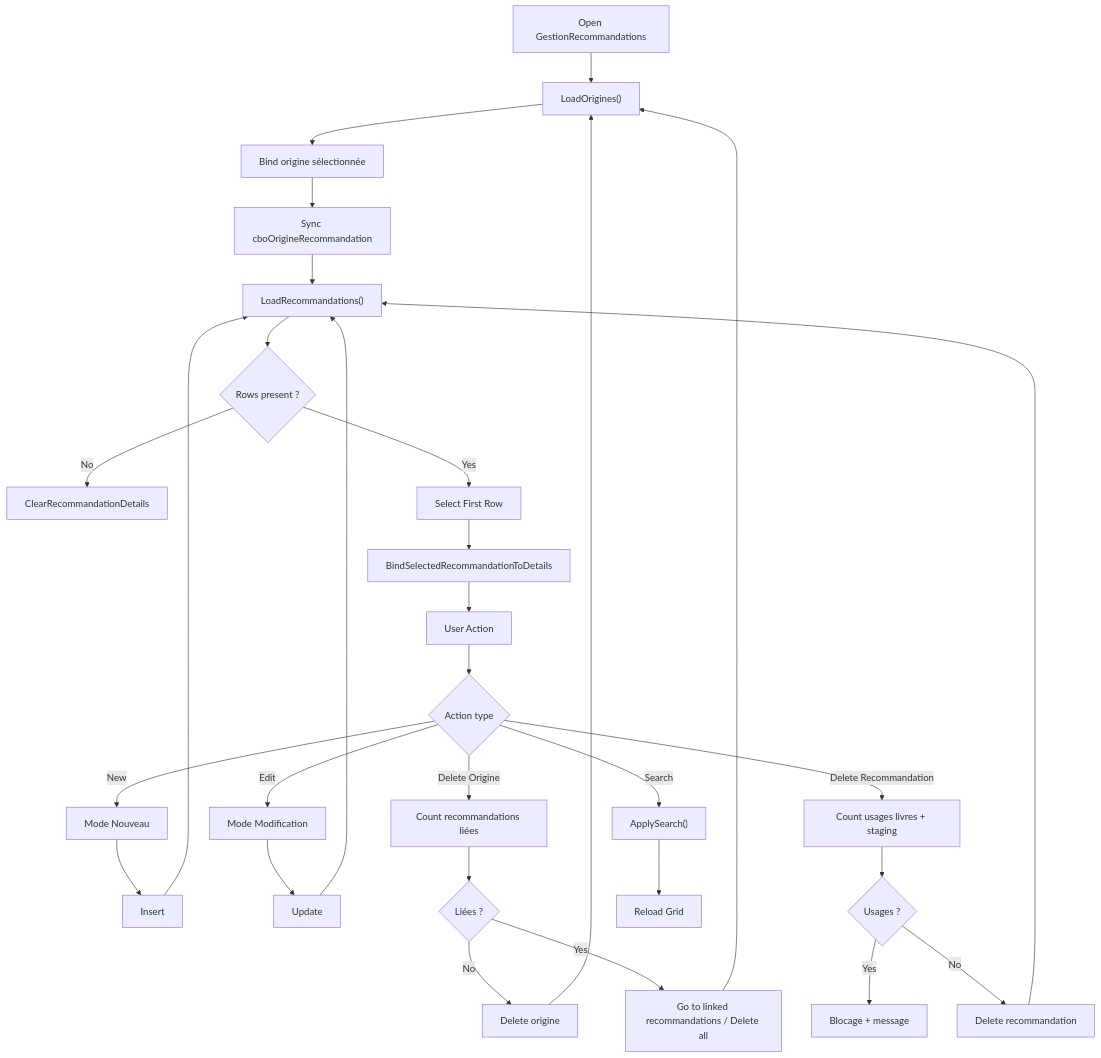
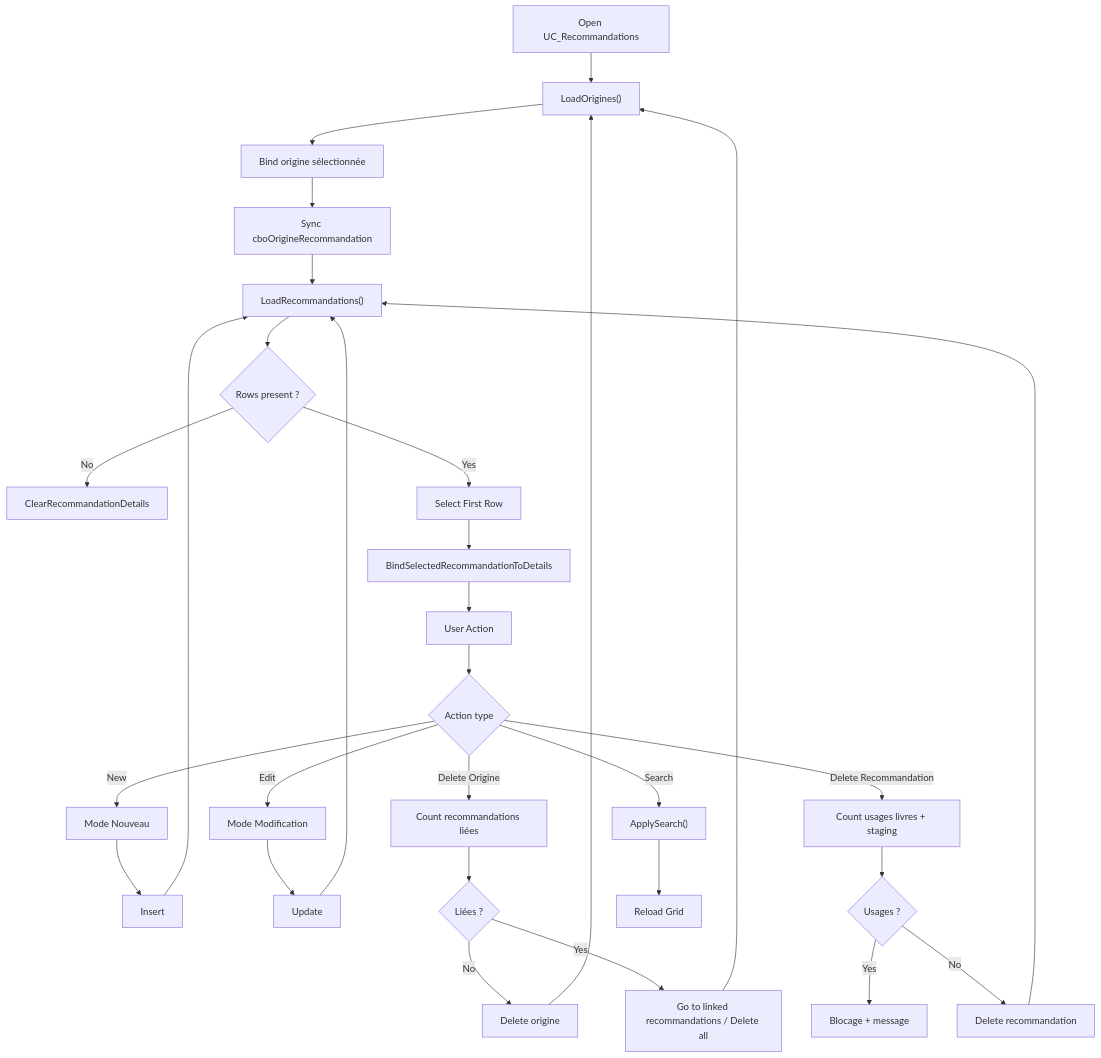
Before and after one commit to Les-Artefacts-de-Manou/Artefact: the fourth of 5 diagrams in Docs/Process_Artefact.md, drawn with Mermaid. The commit also changed other lines of this file and 81 other files, not shown here.

````diff
--- a/Docs/Process_Artefact.md
+++ b/Docs/Process_Artefact.md
@@ -727,39 +727,39 @@
 ```mermaid
 flowchart TD
-A["Open GestionRecommandations"] --> B["LoadOrigines()"]
+A["Open UC_Recommandations"] --> B["LoadOrigines()"]
 B --> C["Bind origine sélectionnée"]
 C --> D["Sync cboOrigineRecommandation"]
 D --> E["LoadRecommandations()"]
 
 E --> F{"Rows present ?"}
 F -- No --> G["ClearRecommandationDetails"]
 F -- Yes --> H["Select First Row"]
 H --> I["BindSelectedRecommandationToDetails"]
 
 I --> J["User Action"]
 J --> K{"Action type"}
 
 K -- New --> L["Mode Nouveau"]
 L --> M["Insert"]
 M --> E
 
 K -- Edit --> N["Mode Modification"]
 N --> O["Update"]
 O --> E
 
 K -- Delete Origine --> P["Count recommandations liées"]
 P --> Q{"Liées ?"}
 Q -- No --> R["Delete origine"]
 Q -- Yes --> S["Go to linked recommandations / Delete all"]
 R --> B
 S --> B
 
 K -- Delete Recommandation --> T["Count usages livres + staging"]
 T --> U{"Usages ?"}
 U -- Yes --> V["Blocage + message"]
 U -- No --> W["Delete recommandation"]
 W --> E
 
 K -- Search --> X["ApplySearch()"]
 X --> Y["Reload Grid"]
 ```
````
